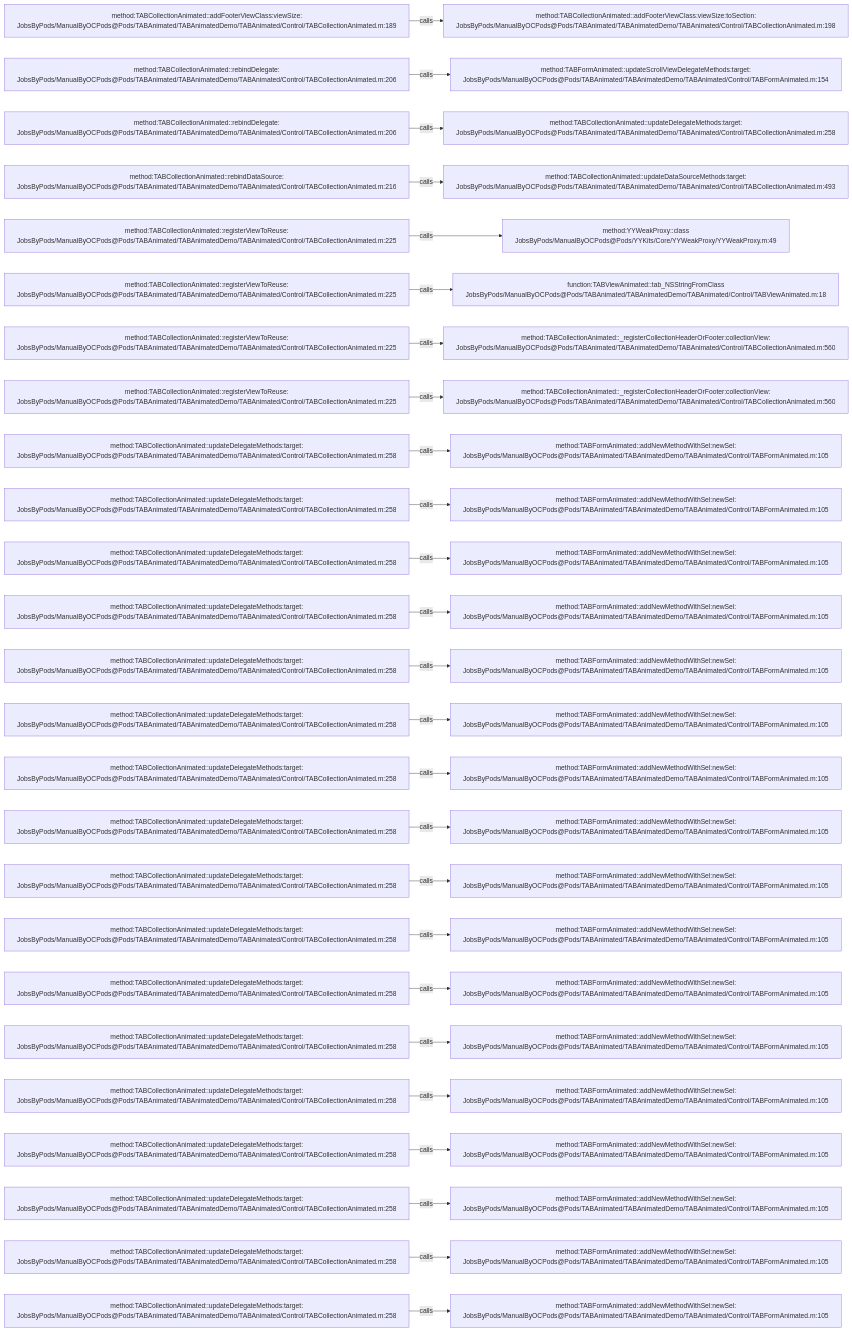
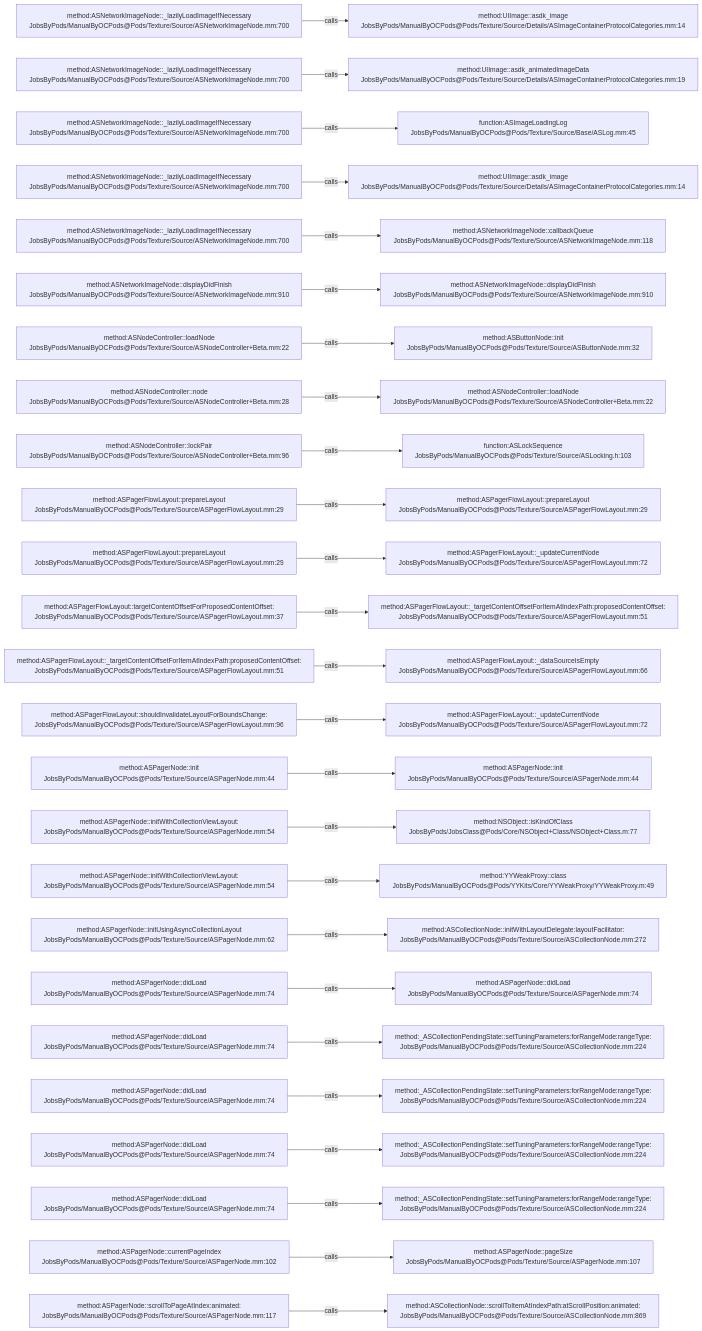
The diagram in .codegraph/codegraph.md/graphs/calls-127.md (JobsKits/JobsOCBaseConfigDemo), drawn with Mermaid before and after one commit. The commit also changed 2162 other files, not shown here.

````diff
--- a/.codegraph/codegraph.md/graphs/calls-127.md
+++ b/.codegraph/codegraph.md/graphs/calls-127.md
@@ -13,78 +13,78 @@
 ```mermaid
 flowchart LR
-  S1["method:TABCollectionAnimated::addFooterViewClass:viewSize:<br/>JobsByPods/ManualByOCPods@Pods/TABAnimated/TABAnimatedDemo/TABAnimated/Control/TABCollectionAnimated.m:189"]
-  T1["method:TABCollectionAnimated::addFooterViewClass:viewSize:toSection:<br/>JobsByPods/ManualByOCPods@Pods/TABAnimated/TABAnimatedDemo/TABAnimated/Control/TABCollectionAnimated.m:198"]
+  S1["method:ASNetworkImageNode::_lazilyLoadImageIfNecessary<br/>JobsByPods/ManualByOCPods@Pods/Texture/Source/ASNetworkImageNode.mm:700"]
+  T1["method:UIImage::asdk_image<br/>JobsByPods/ManualByOCPods@Pods/Texture/Source/Details/ASImageContainerProtocolCategories.mm:14"]
   S1 -->|calls| T1
-  S2["method:TABCollectionAnimated::rebindDelegate:<br/>JobsByPods/ManualByOCPods@Pods/TABAnimated/TABAnimatedDemo/TABAnimated/Control/TABCollectionAnimated.m:206"]
-  T2["method:TABFormAnimated::updateScrollViewDelegateMethods:target:<br/>JobsByPods/ManualByOCPods@Pods/TABAnimated/TABAnimatedDemo/TABAnimated/Control/TABFormAnimated.m:154"]
+  S2["method:ASNetworkImageNode::_lazilyLoadImageIfNecessary<br/>JobsByPods/ManualByOCPods@Pods/Texture/Source/ASNetworkImageNode.mm:700"]
+  T2["method:UIImage::asdk_animatedImageData<br/>JobsByPods/ManualByOCPods@Pods/Texture/Source/Details/ASImageContainerProtocolCategories.mm:19"]
   S2 -->|calls| T2
-  S3["method:TABCollectionAnimated::rebindDelegate:<br/>JobsByPods/ManualByOCPods@Pods/TABAnimated/TABAnimatedDemo/TABAnimated/Control/TABCollectionAnimated.m:206"]
-  T3["method:TABCollectionAnimated::updateDelegateMethods:target:<br/>JobsByPods/ManualByOCPods@Pods/TABAnimated/TABAnimatedDemo/TABAnimated/Control/TABCollectionAnimated.m:258"]
+  S3["method:ASNetworkImageNode::_lazilyLoadImageIfNecessary<br/>JobsByPods/ManualByOCPods@Pods/Texture/Source/ASNetworkImageNode.mm:700"]
+  T3["function:ASImageLoadingLog<br/>JobsByPods/ManualByOCPods@Pods/Texture/Source/Base/ASLog.mm:45"]
   S3 -->|calls| T3
-  S4["method:TABCollectionAnimated::rebindDataSource:<br/>JobsByPods/ManualByOCPods@Pods/TABAnimated/TABAnimatedDemo/TABAnimated/Control/TABCollectionAnimated.m:216"]
-  T4["method:TABCollectionAnimated::updateDataSourceMethods:target:<br/>JobsByPods/ManualByOCPods@Pods/TABAnimated/TABAnimatedDemo/TABAnimated/Control/TABCollectionAnimated.m:493"]
+  S4["method:ASNetworkImageNode::_lazilyLoadImageIfNecessary<br/>JobsByPods/ManualByOCPods@Pods/Texture/Source/ASNetworkImageNode.mm:700"]
+  T4["method:UIImage::asdk_image<br/>JobsByPods/ManualByOCPods@Pods/Texture/Source/Details/ASImageContainerProtocolCategories.mm:14"]
   S4 -->|calls| T4
-  S5["method:TABCollectionAnimated::registerViewToReuse:<br/>JobsByPods/ManualByOCPods@Pods/TABAnimated/TABAnimatedDemo/TABAnimated/Control/TABCollectionAnimated.m:225"]
-  T5["method:YYWeakProxy::class<br/>JobsByPods/ManualByOCPods@Pods/YYKits/Core/YYWeakProxy/YYWeakProxy.m:49"]
+  S5["method:ASNetworkImageNode::_lazilyLoadImageIfNecessary<br/>JobsByPods/ManualByOCPods@Pods/Texture/Source/ASNetworkImageNode.mm:700"]
+  T5["method:ASNetworkImageNode::callbackQueue<br/>JobsByPods/ManualByOCPods@Pods/Texture/Source/ASNetworkImageNode.mm:118"]
   S5 -->|calls| T5
-  S6["method:TABCollectionAnimated::registerViewToReuse:<br/>JobsByPods/ManualByOCPods@Pods/TABAnimated/TABAnimatedDemo/TABAnimated/Control/TABCollectionAnimated.m:225"]
-  T6["function:TABViewAnimated::tab_NSStringFromClass<br/>JobsByPods/ManualByOCPods@Pods/TABAnimated/TABAnimatedDemo/TABAnimated/Control/TABViewAnimated.m:18"]
+  S6["method:ASNetworkImageNode::displayDidFinish<br/>JobsByPods/ManualByOCPods@Pods/Texture/Source/ASNetworkImageNode.mm:910"]
+  T6["method:ASNetworkImageNode::displayDidFinish<br/>JobsByPods/ManualByOCPods@Pods/Texture/Source/ASNetworkImageNode.mm:910"]
   S6 -->|calls| T6
-  S7["method:TABCollectionAnimated::registerViewToReuse:<br/>JobsByPods/ManualByOCPods@Pods/TABAnimated/TABAnimatedDemo/TABAnimated/Control/TABCollectionAnimated.m:225"]
-  T7["method:TABCollectionAnimated::_registerCollectionHeaderOrFooter:collectionView:<br/>JobsByPods/ManualByOCPods@Pods/TABAnimated/TABAnimatedDemo/TABAnimated/Control/TABCollectionAnimated.m:560"]
+  S7["method:ASNodeController::loadNode<br/>JobsByPods/ManualByOCPods@Pods/Texture/Source/ASNodeController+Beta.mm:22"]
+  T7["method:ASButtonNode::init<br/>JobsByPods/ManualByOCPods@Pods/Texture/Source/ASButtonNode.mm:32"]
   S7 -->|calls| T7
-  S8["method:TABCollectionAnimated::registerViewToReuse:<br/>JobsByPods/ManualByOCPods@Pods/TABAnimated/TABAnimatedDemo/TABAnimated/Control/TABCollectionAnimated.m:225"]
-  T8["method:TABCollectionAnimated::_registerCollectionHeaderOrFooter:collectionView:<br/>JobsByPods/ManualByOCPods@Pods/TABAnimated/TABAnimatedDemo/TABAnimated/Control/TABCollectionAnimated.m:560"]
+  S8["method:ASNodeController::node<br/>JobsByPods/ManualByOCPods@Pods/Texture/Source/ASNodeController+Beta.mm:28"]
+  T8["method:ASNodeController::loadNode<br/>JobsByPods/ManualByOCPods@Pods/Texture/Source/ASNodeController+Beta.mm:22"]
   S8 -->|calls| T8
-  S9["method:TABCollectionAnimated::updateDelegateMethods:target:<br/>JobsByPods/ManualByOCPods@Pods/TABAnimated/TABAnimatedDemo/TABAnimated/Control/TABCollectionAnimated.m:258"]
-  T9["method:TABFormAnimated::addNewMethodWithSel:newSel:<br/>JobsByPods/ManualByOCPods@Pods/TABAnimated/TABAnimatedDemo/TABAnimated/Control/TABFormAnimated.m:105"]
+  S9["method:ASNodeController::lockPair<br/>JobsByPods/ManualByOCPods@Pods/Texture/Source/ASNodeController+Beta.mm:96"]
+  T9["function:ASLockSequence<br/>JobsByPods/ManualByOCPods@Pods/Texture/Source/ASLocking.h:103"]
   S9 -->|calls| T9
-  S10["method:TABCollectionAnimated::updateDelegateMethods:target:<br/>JobsByPods/ManualByOCPods@Pods/TABAnimated/TABAnimatedDemo/TABAnimated/Control/TABCollectionAnimated.m:258"]
-  T10["method:TABFormAnimated::addNewMethodWithSel:newSel:<br/>JobsByPods/ManualByOCPods@Pods/TABAnimated/TABAnimatedDemo/TABAnimated/Control/TABFormAnimated.m:105"]
+  S10["method:ASPagerFlowLayout::prepareLayout<br/>JobsByPods/ManualByOCPods@Pods/Texture/Source/ASPagerFlowLayout.mm:29"]
+  T10["method:ASPagerFlowLayout::prepareLayout<br/>JobsByPods/ManualByOCPods@Pods/Texture/Source/ASPagerFlowLayout.mm:29"]
   S10 -->|calls| T10
-  S11["method:TABCollectionAnimated::updateDelegateMethods:target:<br/>JobsByPods/ManualByOCPods@Pods/TABAnimated/TABAnimatedDemo/TABAnimated/Control/TABCollectionAnimated.m:258"]
-  T11["method:TABFormAnimated::addNewMethodWithSel:newSel:<br/>JobsByPods/ManualByOCPods@Pods/TABAnimated/TABAnimatedDemo/TABAnimated/Control/TABFormAnimated.m:105"]
+  S11["method:ASPagerFlowLayout::prepareLayout<br/>JobsByPods/ManualByOCPods@Pods/Texture/Source/ASPagerFlowLayout.mm:29"]
+  T11["method:ASPagerFlowLayout::_updateCurrentNode<br/>JobsByPods/ManualByOCPods@Pods/Texture/Source/ASPagerFlowLayout.mm:72"]
   S11 -->|calls| T11
-  S12["method:TABCollectionAnimated::updateDelegateMethods:target:<br/>JobsByPods/ManualByOCPods@Pods/TABAnimated/TABAnimatedDemo/TABAnimated/Control/TABCollectionAnimated.m:258"]
-  T12["method:TABFormAnimated::addNewMethodWithSel:newSel:<br/>JobsByPods/ManualByOCPods@Pods/TABAnimated/TABAnimatedDemo/TABAnimated/Control/TABFormAnimated.m:105"]
+  S12["method:ASPagerFlowLayout::targetContentOffsetForProposedContentOffset:<br/>JobsByPods/ManualByOCPods@Pods/Texture/Source/ASPagerFlowLayout.mm:37"]
+  T12["method:ASPagerFlowLayout::_targetContentOffsetForItemAtIndexPath:proposedContentOffset:<br/>JobsByPods/ManualByOCPods@Pods/Texture/Source/ASPagerFlowLayout.mm:51"]
   S12 -->|calls| T12
-  S13["method:TABCollectionAnimated::updateDelegateMethods:target:<br/>JobsByPods/ManualByOCPods@Pods/TABAnimated/TABAnimatedDemo/TABAnimated/Control/TABCollectionAnimated.m:258"]
-  T13["method:TABFormAnimated::addNewMethodWithSel:newSel:<br/>JobsByPods/ManualByOCPods@Pods/TABAnimated/TABAnimatedDemo/TABAnimated/Control/TABFormAnimated.m:105"]
+  S13["method:ASPagerFlowLayout::_targetContentOffsetForItemAtIndexPath:proposedContentOffset:<br/>JobsByPods/ManualByOCPods@Pods/Texture/Source/ASPagerFlowLayout.mm:51"]
+  T13["method:ASPagerFlowLayout::_dataSourceIsEmpty<br/>JobsByPods/ManualByOCPods@Pods/Texture/Source/ASPagerFlowLayout.mm:66"]
   S13 -->|calls| T13
-  S14["method:TABCollectionAnimated::updateDelegateMethods:target:<br/>JobsByPods/ManualByOCPods@Pods/TABAnimated/TABAnimatedDemo/TABAnimated/Control/TABCollectionAnimated.m:258"]
-  T14["method:TABFormAnimated::addNewMethodWithSel:newSel:<br/>JobsByPods/ManualByOCPods@Pods/TABAnimated/TABAnimatedDemo/TABAnimated/Control/TABFormAnimated.m:105"]
+  S14["method:ASPagerFlowLayout::shouldInvalidateLayoutForBoundsChange:<br/>JobsByPods/ManualByOCPods@Pods/Texture/Source/ASPagerFlowLayout.mm:96"]
+  T14["method:ASPagerFlowLayout::_updateCurrentNode<br/>JobsByPods/ManualByOCPods@Pods/Texture/Source/ASPagerFlowLayout.mm:72"]
   S14 -->|calls| T14
-  S15["method:TABCollectionAnimated::updateDelegateMethods:target:<br/>JobsByPods/ManualByOCPods@Pods/TABAnimated/TABAnimatedDemo/TABAnimated/Control/TABCollectionAnimated.m:258"]
-  T15["method:TABFormAnimated::addNewMethodWithSel:newSel:<br/>JobsByPods/ManualByOCPods@Pods/TABAnimated/TABAnimatedDemo/TABAnimated/Control/TABFormAnimated.m:105"]
+  S15["method:ASPagerNode::init<br/>JobsByPods/ManualByOCPods@Pods/Texture/Source/ASPagerNode.mm:44"]
+  T15["method:ASPagerNode::init<br/>JobsByPods/ManualByOCPods@Pods/Texture/Source/ASPagerNode.mm:44"]
   S15 -->|calls| T15
-  S16["method:TABCollectionAnimated::updateDelegateMethods:target:<br/>JobsByPods/ManualByOCPods@Pods/TABAnimated/TABAnimatedDemo/TABAnimated/Control/TABCollectionAnimated.m:258"]
-  T16["method:TABFormAnimated::addNewMethodWithSel:newSel:<br/>JobsByPods/ManualByOCPods@Pods/TABAnimated/TABAnimatedDemo/TABAnimated/Control/TABFormAnimated.m:105"]
+  S16["method:ASPagerNode::initWithCollectionViewLayout:<br/>JobsByPods/ManualByOCPods@Pods/Texture/Source/ASPagerNode.mm:54"]
+  T16["method:NSObject::isKindOfClass<br/>JobsByPods/JobsClass@Pods/Core/NSObject+Class/NSObject+Class.m:77"]
   S16 -->|calls| T16
-  S17["method:TABCollectionAnimated::updateDelegateMethods:target:<br/>JobsByPods/ManualByOCPods@Pods/TABAnimated/TABAnimatedDemo/TABAnimated/Control/TABCollectionAnimated.m:258"]
-  T17["method:TABFormAnimated::addNewMethodWithSel:newSel:<br/>JobsByPods/ManualByOCPods@Pods/TABAnimated/TABAnimatedDemo/TABAnimated/Control/TABFormAnimated.m:105"]
+  S17["method:ASPagerNode::initWithCollectionViewLayout:<br/>JobsByPods/ManualByOCPods@Pods/Texture/Source/ASPagerNode.mm:54"]
+  T17["method:YYWeakProxy::class<br/>JobsByPods/ManualByOCPods@Pods/YYKits/Core/YYWeakProxy/YYWeakProxy.m:49"]
   S17 -->|calls| T17
-  S18["method:TABCollectionAnimated::updateDelegateMethods:target:<br/>JobsByPods/ManualByOCPods@Pods/TABAnimated/TABAnimatedDemo/TABAnimated/Control/TABCollectionAnimated.m:258"]
-  T18["method:TABFormAnimated::addNewMethodWithSel:newSel:<br/>JobsByPods/ManualByOCPods@Pods/TABAnimated/TABAnimatedDemo/TABAnimated/Control/TABFormAnimated.m:105"]
+  S18["method:ASPagerNode::initUsingAsyncCollectionLayout<br/>JobsByPods/ManualByOCPods@Pods/Texture/Source/ASPagerNode.mm:62"]
+  T18["method:ASCollectionNode::initWithLayoutDelegate:layoutFacilitator:<br/>JobsByPods/ManualByOCPods@Pods/Texture/Source/ASCollectionNode.mm:272"]
   S18 -->|calls| T18
-  S19["method:TABCollectionAnimated::updateDelegateMethods:target:<br/>JobsByPods/ManualByOCPods@Pods/TABAnimated/TABAnimatedDemo/TABAnimated/Control/TABCollectionAnimated.m:258"]
-  T19["method:TABFormAnimated::addNewMethodWithSel:newSel:<br/>JobsByPods/ManualByOCPods@Pods/TABAnimated/TABAnimatedDemo/TABAnimated/Control/TABFormAnimated.m:105"]
+  S19["method:ASPagerNode::didLoad<br/>JobsByPods/ManualByOCPods@Pods/Texture/Source/ASPagerNode.mm:74"]
+  T19["method:ASPagerNode::didLoad<br/>JobsByPods/ManualByOCPods@Pods/Texture/Source/ASPagerNode.mm:74"]
   S19 -->|calls| T19
-  S20["method:TABCollectionAnimated::updateDelegateMethods:target:<br/>JobsByPods/ManualByOCPods@Pods/TABAnimated/TABAnimatedDemo/TABAnimated/Control/TABCollectionAnimated.m:258"]
-  T20["method:TABFormAnimated::addNewMethodWithSel:newSel:<br/>JobsByPods/ManualByOCPods@Pods/TABAnimated/TABAnimatedDemo/TABAnimated/Control/TABFormAnimated.m:105"]
+  S20["method:ASPagerNode::didLoad<br/>JobsByPods/ManualByOCPods@Pods/Texture/Source/ASPagerNode.mm:74"]
+  T20["method:_ASCollectionPendingState::setTuningParameters:forRangeMode:rangeType:<br/>JobsByPods/ManualByOCPods@Pods/Texture/Source/ASCollectionNode.mm:224"]
   S20 -->|calls| T20
-  S21["method:TABCollectionAnimated::updateDelegateMethods:target:<br/>JobsByPods/ManualByOCPods@Pods/TABAnimated/TABAnimatedDemo/TABAnimated/Control/TABCollectionAnimated.m:258"]
-  T21["method:TABFormAnimated::addNewMethodWithSel:newSel:<br/>JobsByPods/ManualByOCPods@Pods/TABAnimated/TABAnimatedDemo/TABAnimated/Control/TABFormAnimated.m:105"]
+  S21["method:ASPagerNode::didLoad<br/>JobsByPods/ManualByOCPods@Pods/Texture/Source/ASPagerNode.mm:74"]
+  T21["method:_ASCollectionPendingState::setTuningParameters:forRangeMode:rangeType:<br/>JobsByPods/ManualByOCPods@Pods/Texture/Source/ASCollectionNode.mm:224"]
   S21 -->|calls| T21
-  S22["method:TABCollectionAnimated::updateDelegateMethods:target:<br/>JobsByPods/ManualByOCPods@Pods/TABAnimated/TABAnimatedDemo/TABAnimated/Control/TABCollectionAnimated.m:258"]
-  T22["method:TABFormAnimated::addNewMethodWithSel:newSel:<br/>JobsByPods/ManualByOCPods@Pods/TABAnimated/TABAnimatedDemo/TABAnimated/Control/TABFormAnimated.m:105"]
+  S22["method:ASPagerNode::didLoad<br/>JobsByPods/ManualByOCPods@Pods/Texture/Source/ASPagerNode.mm:74"]
+  T22["method:_ASCollectionPendingState::setTuningParameters:forRangeMode:rangeType:<br/>JobsByPods/ManualByOCPods@Pods/Texture/Source/ASCollectionNode.mm:224"]
   S22 -->|calls| T22
-  S23["method:TABCollectionAnimated::updateDelegateMethods:target:<br/>JobsByPods/ManualByOCPods@Pods/TABAnimated/TABAnimatedDemo/TABAnimated/Control/TABCollectionAnimated.m:258"]
-  T23["method:TABFormAnimated::addNewMethodWithSel:newSel:<br/>JobsByPods/ManualByOCPods@Pods/TABAnimated/TABAnimatedDemo/TABAnimated/Control/TABFormAnimated.m:105"]
+  S23["method:ASPagerNode::didLoad<br/>JobsByPods/ManualByOCPods@Pods/Texture/Source/ASPagerNode.mm:74"]
+  T23["method:_ASCollectionPendingState::setTuningParameters:forRangeMode:rangeType:<br/>JobsByPods/ManualByOCPods@Pods/Texture/Source/ASCollectionNode.mm:224"]
   S23 -->|calls| T23
-  S24["method:TABCollectionAnimated::updateDelegateMethods:target:<br/>JobsByPods/ManualByOCPods@Pods/TABAnimated/TABAnimatedDemo/TABAnimated/Control/TABCollectionAnimated.m:258"]
-  T24["method:TABFormAnimated::addNewMethodWithSel:newSel:<br/>JobsByPods/ManualByOCPods@Pods/TABAnimated/TABAnimatedDemo/TABAnimated/Control/TABFormAnimated.m:105"]
+  S24["method:ASPagerNode::currentPageIndex<br/>JobsByPods/ManualByOCPods@Pods/Texture/Source/ASPagerNode.mm:102"]
+  T24["method:ASPagerNode::pageSize<br/>JobsByPods/ManualByOCPods@Pods/Texture/Source/ASPagerNode.mm:107"]
   S24 -->|calls| T24
-  S25["method:TABCollectionAnimated::updateDelegateMethods:target:<br/>JobsByPods/ManualByOCPods@Pods/TABAnimated/TABAnimatedDemo/TABAnimated/Control/TABCollectionAnimated.m:258"]
-  T25["method:TABFormAnimated::addNewMethodWithSel:newSel:<br/>JobsByPods/ManualByOCPods@Pods/TABAnimated/TABAnimatedDemo/TABAnimated/Control/TABFormAnimated.m:105"]
+  S25["method:ASPagerNode::scrollToPageAtIndex:animated:<br/>JobsByPods/ManualByOCPods@Pods/Texture/Source/ASPagerNode.mm:117"]
+  T25["method:ASCollectionNode::scrollToItemAtIndexPath:atScrollPosition:animated:<br/>JobsByPods/ManualByOCPods@Pods/Texture/Source/ASCollectionNode.mm:869"]
   S25 -->|calls| T25
 ```
````
